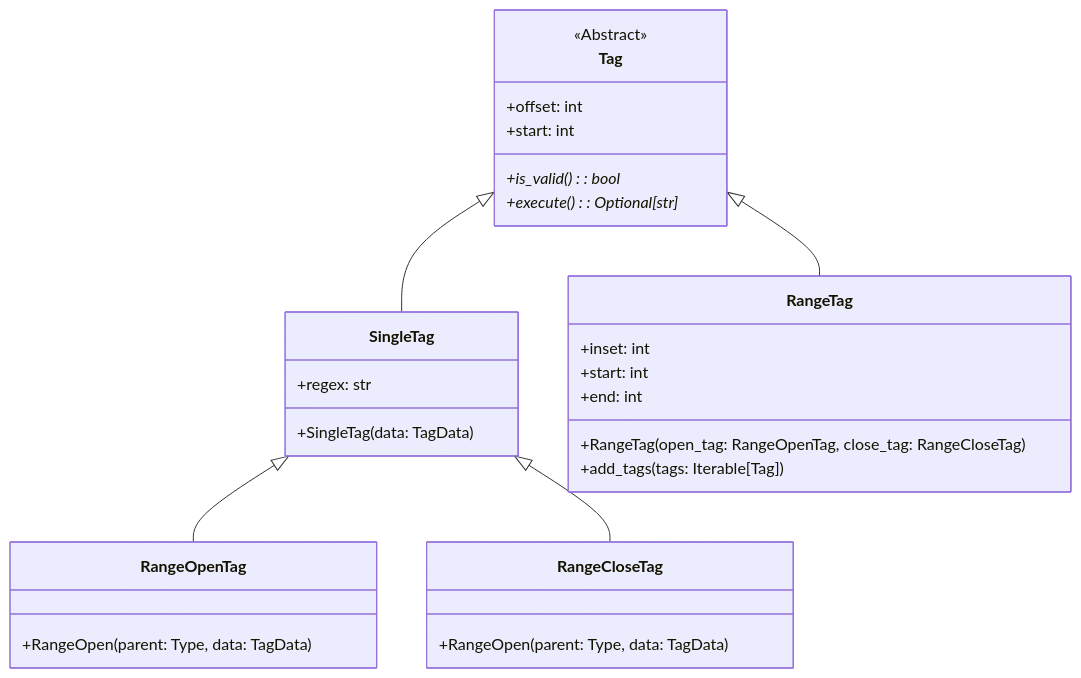
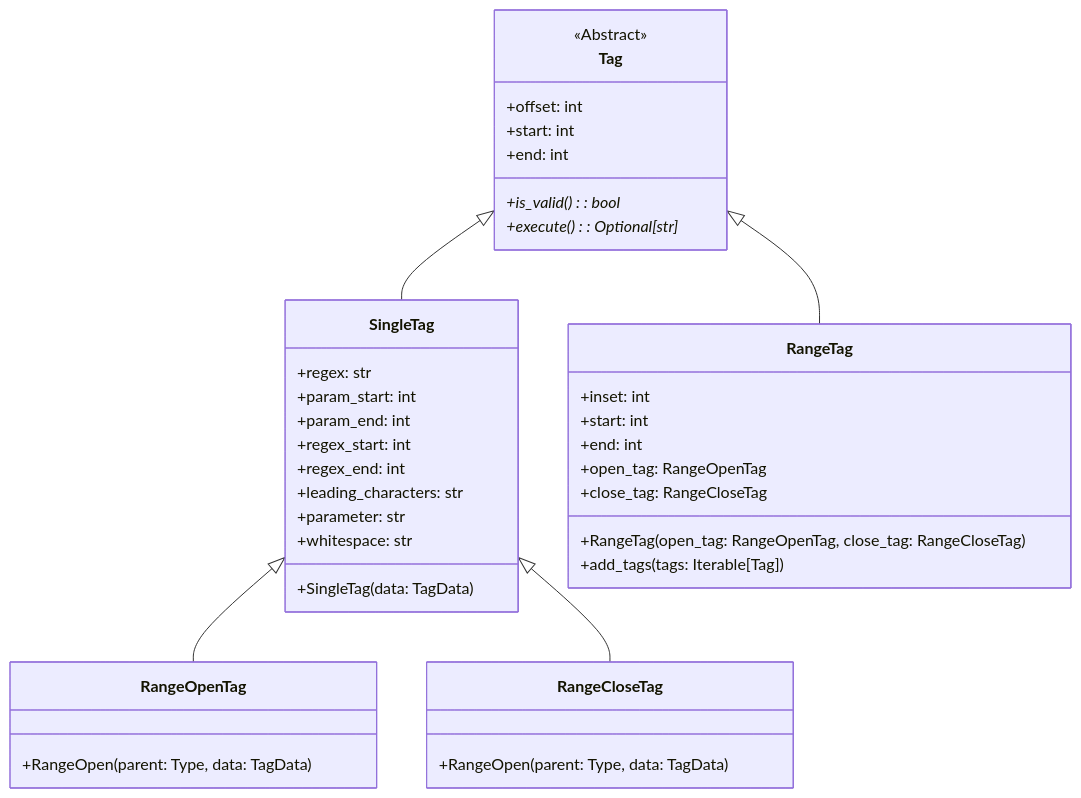
The diagram in README.md (FontysVenlo/codestripper), drawn with Mermaid before and after one commit. The commit also changed other lines of this file, not shown here.

````diff
--- a/README.md
+++ b/README.md
@@ -145,32 +145,42 @@
 ```mermaid
 classDiagram
     Tag <|-- SingleTag
     SingleTag <|-- RangeOpenTag
     SingleTag <|-- RangeCloseTag
     Tag <|-- RangeTag
     
     class Tag{
         <<Abstract>>
         +offset: int
         +start: int
+        +end: int
         +is_valid()*: bool
         +execute()*: Optional[str]
     }
     class SingleTag{
         +regex: str
+        +param_start: int
+        +param_end: int
+        +regex_start: int
+        +regex_end: int
+        +leading_characters: str
+        +parameter: str
+        +whitespace: str
         +SingleTag(data: TagData)
     }
     class RangeOpenTag{
         +RangeOpen(parent: Type, data: TagData)
     }
     class RangeCloseTag{
         +RangeOpen(parent: Type, data: TagData)
     }
     class RangeTag{
         +inset: int
         +start: int
         +end: int
+        +open_tag: RangeOpenTag
+        +close_tag: RangeCloseTag
         +RangeTag(open_tag: RangeOpenTag, close_tag: RangeCloseTag)
         +add_tags(tags: Iterable[Tag])
     }
 ```
````
